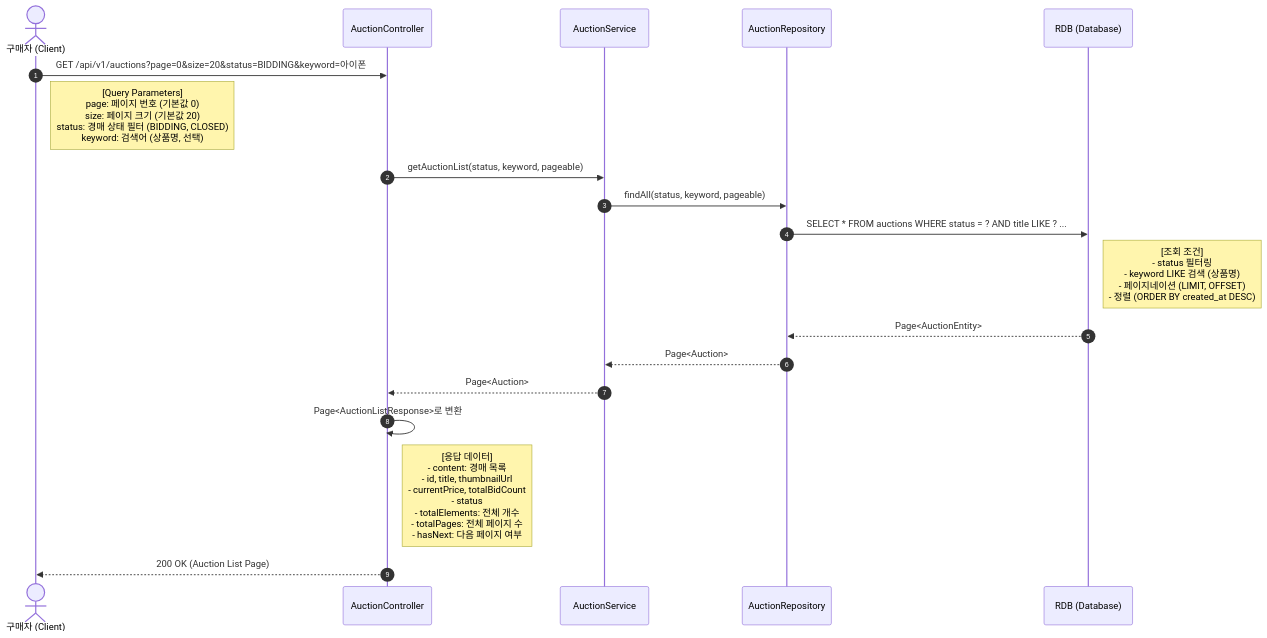
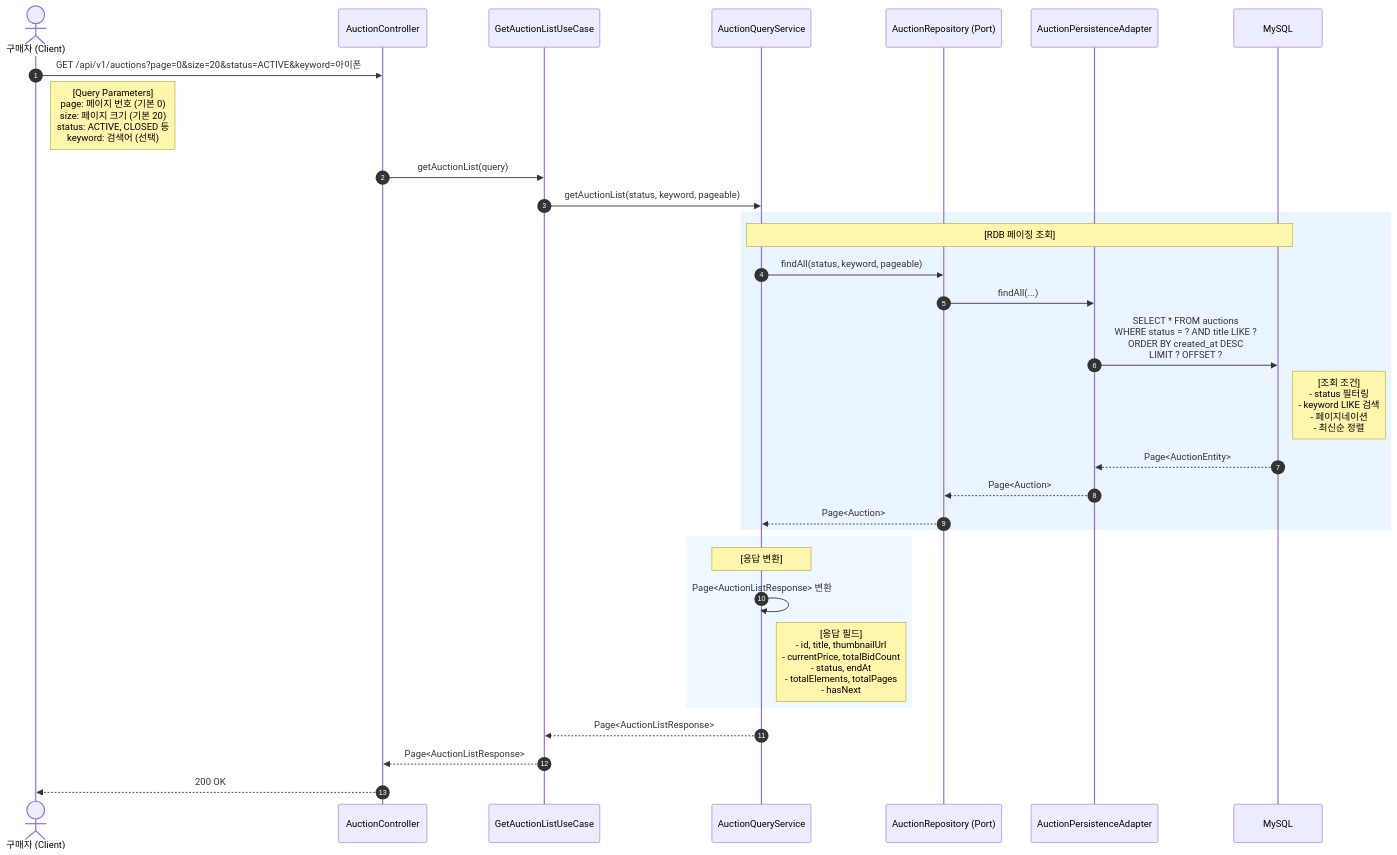
One commit to ahn-h-j/Fairbid changed the diagram in docs/feature/auction/경매목록조회.mmd. Above: the diagram before and after it, drawn with Mermaid. The commit also changed 12 other files, not shown here.

First line of the commit message:
docs(docs): Trade 전환 관련 기능 명세 및 시퀀스 다이어그램 업데이트

```diff
--- a/docs/feature/auction/경매목록조회.mmd
+++ b/docs/feature/auction/경매목록조회.mmd
@@ -1,23 +1,36 @@
 sequenceDiagram
-    autonumber
-    actor Buyer as 구매자 (Client)
-    participant Ctrl as AuctionController
-    participant Svc as AuctionService
-    participant Repo as AuctionRepository
-    participant RDB as RDB (Database)
+autonumber
+actor Buyer as 구매자 (Client)
+participant Ctrl as AuctionController
+participant UC as GetAuctionListUseCase
+participant Svc as AuctionQueryService
+participant Port as AuctionRepository (Port)
+participant Adapter as AuctionPersistenceAdapter
+participant RDB as MySQL
 
-    Buyer->>Ctrl: GET /api/v1/auctions?page=0&size=20&status=BIDDING&keyword=아이폰
-    Note right of Buyer: [Query Parameters]<br/>page: 페이지 번호 (기본값 0)<br/>size: 페이지 크기 (기본값 20)<br/>status: 경매 상태 필터 (BIDDING, CLOSED)<br/>keyword: 검색어 (상품명, 선택)
+    Buyer->>Ctrl: GET /api/v1/auctions?page=0&size=20&status=ACTIVE&keyword=아이폰
+    Note right of Buyer: [Query Parameters]<br/>page: 페이지 번호 (기본 0)<br/>size: 페이지 크기 (기본 20)<br/>status: ACTIVE, CLOSED 등<br/>keyword: 검색어 (선택)
 
-    Ctrl->>Svc: getAuctionList(status, keyword, pageable)
+    Ctrl->>UC: getAuctionList(query)
+    UC->>Svc: getAuctionList(status, keyword, pageable)
 
-    Svc->>Repo: findAll(status, keyword, pageable)
-    Repo->>RDB: SELECT * FROM auctions WHERE status = ? AND title LIKE ? ...
-    Note right of RDB: [조회 조건]<br/>- status 필터링<br/>- keyword LIKE 검색 (상품명)<br/>- 페이지네이션 (LIMIT, OFFSET)<br/>- 정렬 (ORDER BY created_at DESC)
-    RDB-->>Repo: Page<AuctionEntity>
-    Repo-->>Svc: Page<Auction>
+    rect rgb(235, 245, 255)
+        Note over Svc, RDB: [RDB 페이징 조회]
+        Svc->>Port: findAll(status, keyword, pageable)
+        Port->>Adapter: findAll(...)
+        Adapter->>RDB: SELECT * FROM auctions<br/>WHERE status = ? AND title LIKE ?<br/>ORDER BY created_at DESC<br/>LIMIT ? OFFSET ?
+        Note right of RDB: [조회 조건]<br/>- status 필터링<br/>- keyword LIKE 검색<br/>- 페이지네이션<br/>- 최신순 정렬
+        RDB-->>Adapter: Page<AuctionEntity>
+        Adapter-->>Port: Page<Auction>
+        Port-->>Svc: Page<Auction>
+    end
 
-    Svc-->>Ctrl: Page<Auction>
-    Ctrl->>Ctrl: Page<AuctionListResponse>로 변환
-    Note right of Ctrl: [응답 데이터]<br/>- content: 경매 목록<br/>  - id, title, thumbnailUrl<br/>  - currentPrice, totalBidCount<br/>  - status<br/>- totalElements: 전체 개수<br/>- totalPages: 전체 페이지 수<br/>- hasNext: 다음 페이지 여부
-    Ctrl-->>Buyer: 200 OK (Auction List Page)
+    rect rgb(240, 248, 255)
+        Note over Svc: [응답 변환]
+        Svc->>Svc: Page<AuctionListResponse> 변환
+        Note right of Svc: [응답 필드]<br/>- id, title, thumbnailUrl<br/>- currentPrice, totalBidCount<br/>- status, endAt<br/>- totalElements, totalPages<br/>- hasNext
+    end
+
+    Svc-->>UC: Page<AuctionListResponse>
+    UC-->>Ctrl: Page<AuctionListResponse>
+    Ctrl-->>Buyer: 200 OK
```
